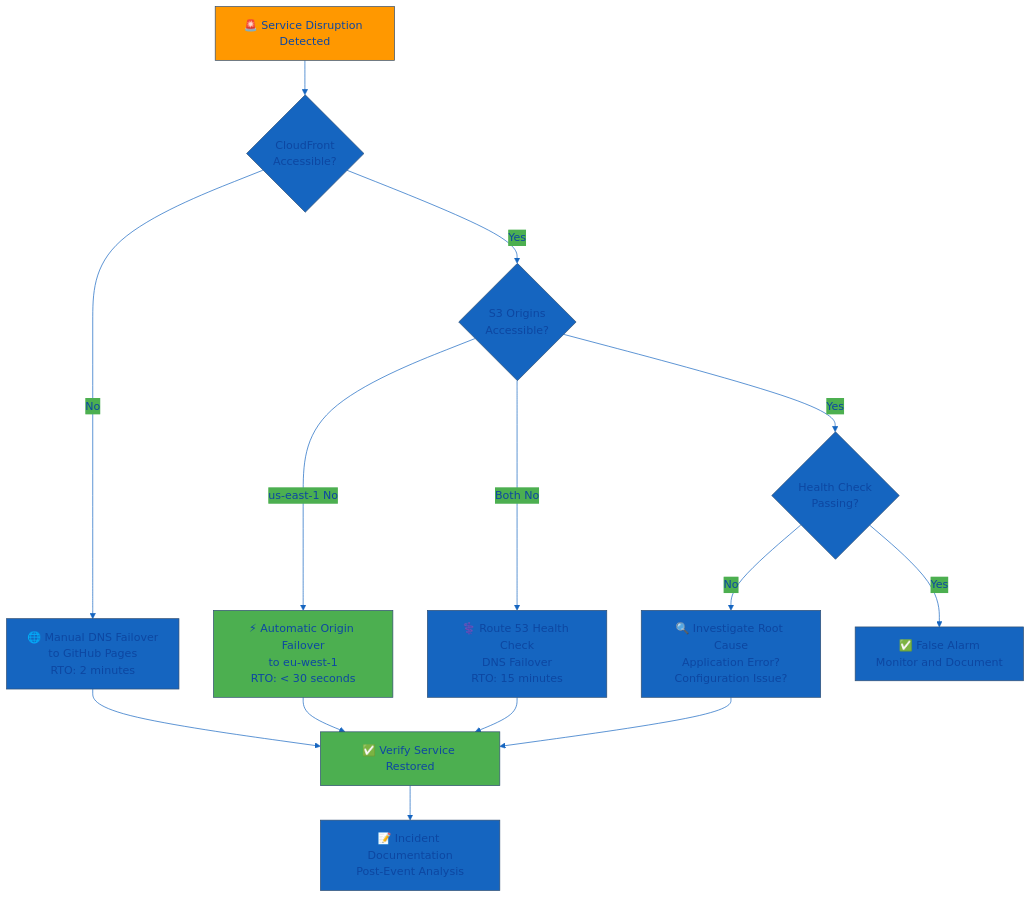
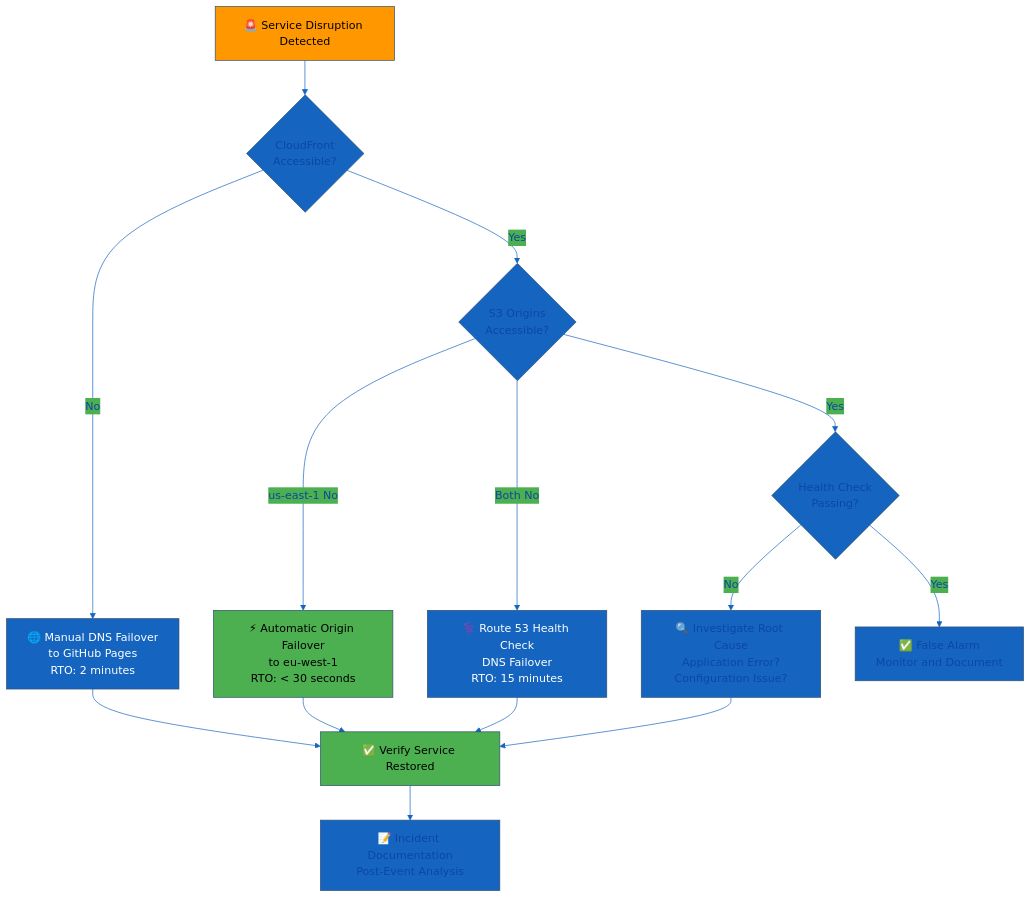
One commit to Hack23/riksdagsmonitor changed the third of 3 diagrams in BCPPlan.md. Above: the diagram before and after it, drawn with Mermaid. The commit also changed other lines of this file and 11 other files, not shown here.

First line of the commit message:
Fix broken mermaid diagrams: SWOT gantt, quadrantChart theming, init quotes, text colors

````diff
--- a/BCPPlan.md
+++ b/BCPPlan.md
@@ -325,39 +325,39 @@
 ```mermaid
 %%{
   init: {
-    'theme': 'base',
-    'themeVariables': {
-      'primaryColor': '#1565C0',
-      'primaryTextColor': '#0d47a1',
-      'lineColor': '#1565C0',
-      'secondaryColor': '#4CAF50',
-      'tertiaryColor': '#FF9800'
+    "theme": "base",
+    "themeVariables": {
+      "primaryColor": "#1565C0",
+      "primaryTextColor": "#0d47a1",
+      "lineColor": "#1565C0",
+      "secondaryColor": "#4CAF50",
+      "tertiaryColor": "#FF9800"
     }
   }
 }%%
 graph TD
     INCIDENT[🚨 Service Disruption Detected] --> CHECK_CF{CloudFront<br/>Accessible?}
     
     CHECK_CF -->|No| MANUAL_DNS[🌐 Manual DNS Failover<br/>to GitHub Pages<br/>RTO: 2 minutes]
     CHECK_CF -->|Yes| CHECK_S3{S3 Origins<br/>Accessible?}
     
     CHECK_S3 -->|us-east-1 No| AUTO_FAILOVER[⚡ Automatic Origin Failover<br/>to eu-west-1<br/>RTO: &lt; 30 seconds]
     CHECK_S3 -->|Both No| ROUTE53_FAILOVER[⚕️ Route 53 Health Check<br/>DNS Failover<br/>RTO: 15 minutes]
     CHECK_S3 -->|Yes| CHECK_HEALTH{Health Check<br/>Passing?}
     
     CHECK_HEALTH -->|No| INVESTIGATE[🔍 Investigate Root Cause<br/>Application Error?<br/>Configuration Issue?]
     CHECK_HEALTH -->|Yes| FALSE_ALARM[✅ False Alarm<br/>Monitor and Document]
     
     MANUAL_DNS --> VERIFY[✅ Verify Service Restored]
     AUTO_FAILOVER --> VERIFY
     ROUTE53_FAILOVER --> VERIFY
     INVESTIGATE --> VERIFY
     
     VERIFY --> DOCUMENT[📝 Incident Documentation<br/>Post-Event Analysis]
     
-    style INCIDENT fill:#FF9800
-    style MANUAL_DNS fill:#1565C0
-    style AUTO_FAILOVER fill:#4CAF50
-    style ROUTE53_FAILOVER fill:#1565C0
-    style VERIFY fill:#4CAF50
+    style INCIDENT fill:#FF9800,color:#000000
+    style MANUAL_DNS fill:#1565C0,color:#ffffff
+    style AUTO_FAILOVER fill:#4CAF50,color:#000000
+    style ROUTE53_FAILOVER fill:#1565C0,color:#ffffff
+    style VERIFY fill:#4CAF50,color:#000000
 ```
````
